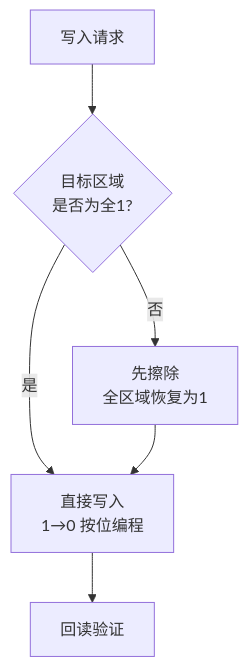
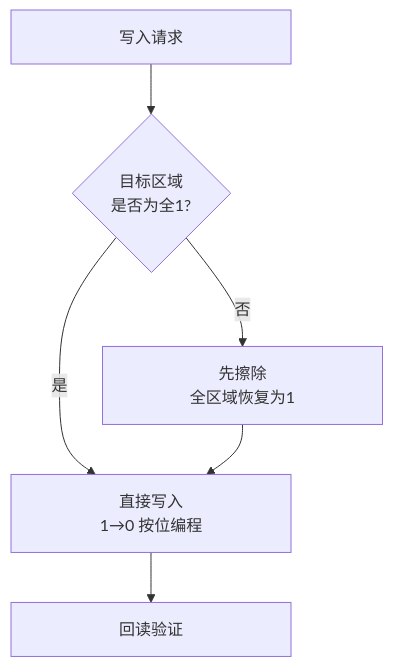
One commit to sanchuanhehe/fbb_ws53 changed the first of 2 diagrams in docs/zh-CN/samples/peripherals/sfc/sfc.md. Above: the diagram before and after it, drawn with Mermaid. The commit also changed other lines of this file and 8 other files, not shown here.

First line of the commit message:
docs: 优化 WS53 示例流程图与配置说明

````diff
--- a/docs/zh-CN/samples/peripherals/sfc/sfc.md
+++ b/docs/zh-CN/samples/peripherals/sfc/sfc.md
@@ -17,8 +17,8 @@
 ```mermaid
 flowchart TD
-    W[写入请求] --> C{目标区域<br/>是否为全1?}
-    C -->|是| D[直接写入<br/>1→0 按位编程]
-    C -->|否| E[先擦除<br/>全区域恢复为1]
+    W["<div style='width: 220px;'>写入请求</div>"] --> C{"目标区域<br/>是否为全1?"}
+    C -->|是| D["<div style='width: 220px;'>直接写入<br/>1→0 按位编程</div>"]
+    C -->|否| E["<div style='width: 220px;'>先擦除<br/>全区域恢复为1</div>"]
     E --> D
-    D --> V[回读验证]
+    D --> V["<div style='width: 220px;'>回读验证</div>"]
 ```
````
